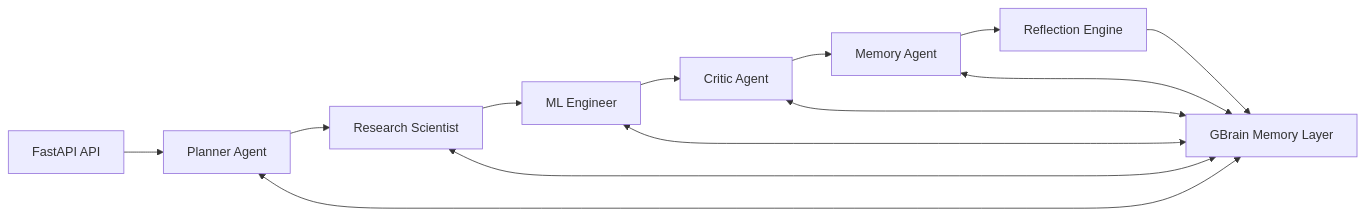
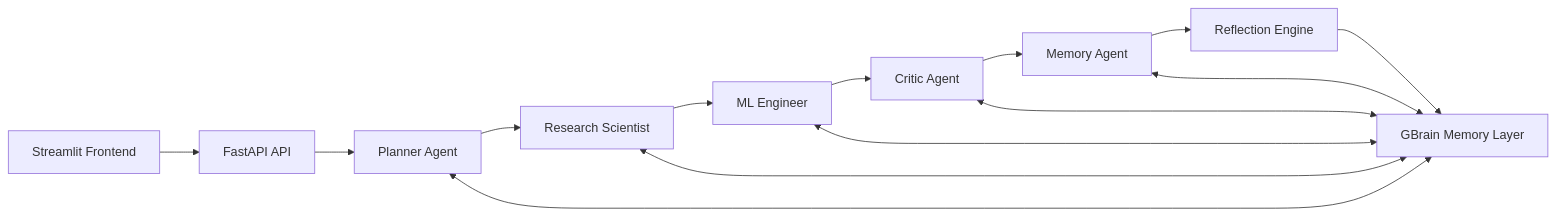
One commit to abhishekrajdhar/research-agent changed the first of 3 diagrams in docs/architecture.md. Above: the diagram before and after it, drawn with Mermaid. The commit also changed other lines of this file and 13 other files, not shown here.

Commit message:
feat: added gemini and streamlit frontend

````diff
--- a/docs/architecture.md
+++ b/docs/architecture.md
@@ -14,15 +14,16 @@
 ```mermaid
 flowchart LR
-    API[FastAPI API] --> Planner[Planner Agent]
+    UI[Streamlit Frontend] --> API[FastAPI API]
+    API --> Planner[Planner Agent]
     Planner --> Scientist[Research Scientist]
     Scientist --> MLE[ML Engineer]
     MLE --> Critic[Critic Agent]
     Critic --> Memory[Memory Agent]
     Memory --> Reflection[Reflection Engine]
     Reflection --> GBrain[GBrain Memory Layer]
     Scientist <--> GBrain
     MLE <--> GBrain
     Planner <--> GBrain
     Critic <--> GBrain
     Memory <--> GBrain
 ```
````
